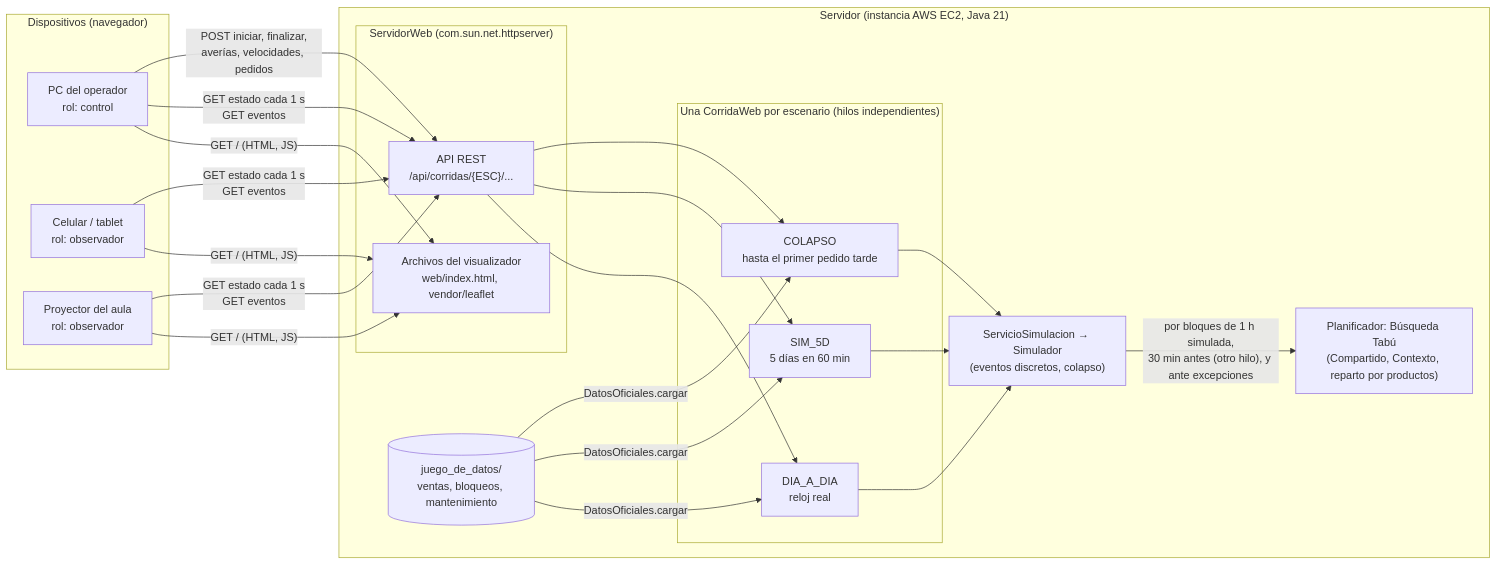
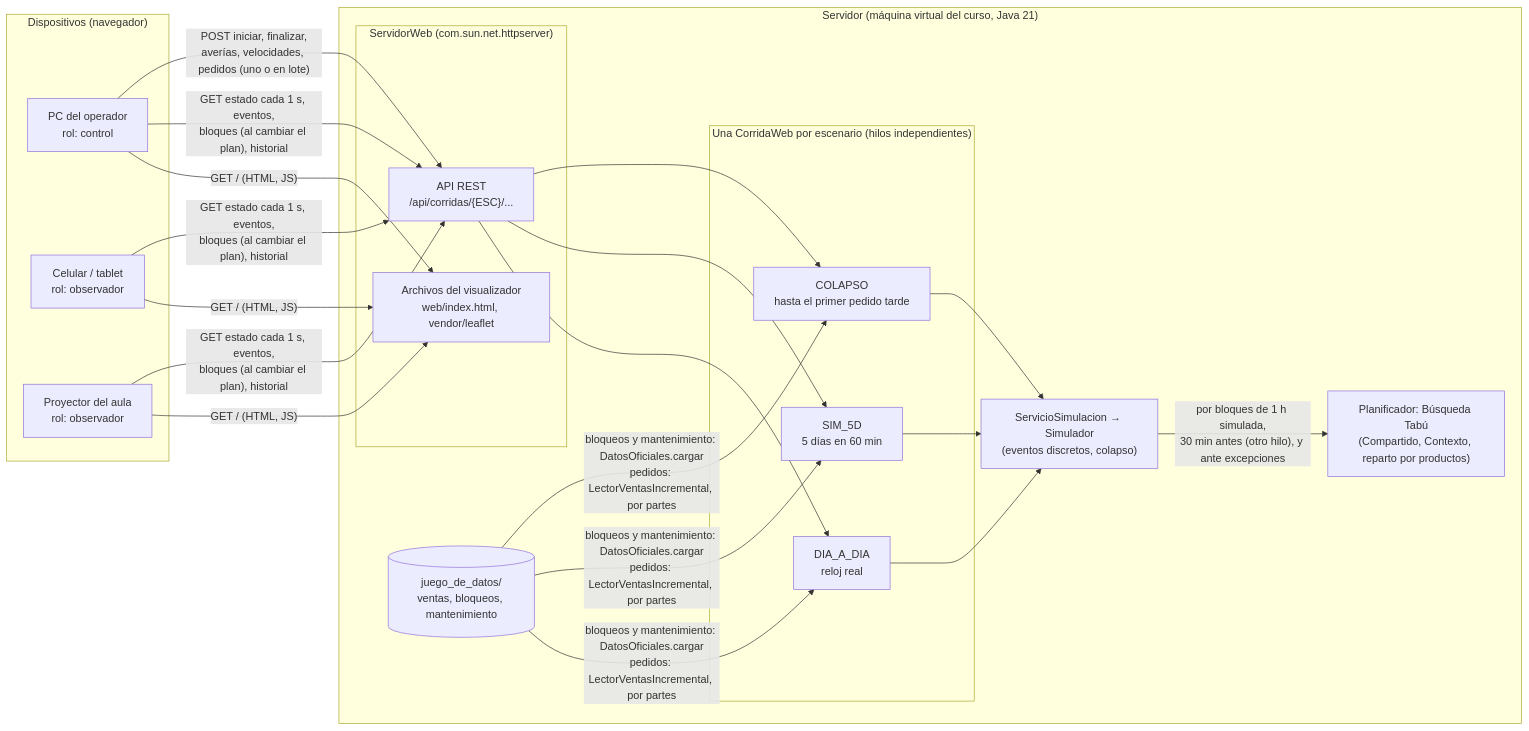
Before and after one commit to JohnArzapalo/PaqRap: the first of 2 diagrams in docs/diseno/diagrama_integracion.md, drawn with Mermaid. The commit also changed other lines of this file and 14 other files, not shown here.

````diff
--- a/docs/diseno/diagrama_integracion.md
+++ b/docs/diseno/diagrama_integracion.md
@@ -12,31 +12,31 @@
 ```mermaid
 flowchart LR
     subgraph Dispositivos["Dispositivos (navegador)"]
         PC["PC del operador<br/>rol: control"]
         Cel["Celular / tablet<br/>rol: observador"]
         Proy["Proyector del aula<br/>rol: observador"]
     end
 
-    subgraph AWS["Servidor (instancia AWS EC2, Java 21)"]
+    subgraph AWS["Servidor (máquina virtual del curso, Java 21)"]
         subgraph SW["ServidorWeb (com.sun.net.httpserver)"]
             EST["Archivos del visualizador<br/>web/index.html, vendor/leaflet"]
             API["API REST<br/>/api/corridas/{ESC}/..."]
         end
         subgraph Corridas["Una CorridaWeb por escenario (hilos independientes)"]
             C1["DIA_A_DIA<br/>reloj real"]
             C2["SIM_5D<br/>5 días en 60 min"]
             C3["COLAPSO<br/>hasta el primer pedido tarde"]
         end
         SIM["ServicioSimulacion → Simulador<br/>(eventos discretos, colapso)"]
         TABU["Planificador: Búsqueda Tabú<br/>(Compartido, Contexto, reparto por productos)"]
         DATOS[("juego_de_datos/<br/>ventas, bloqueos, mantenimiento")]
     end
 
     PC & Cel & Proy -- "GET / (HTML, JS)" --> EST
-    PC & Cel & Proy -- "GET estado cada 1 s<br/>GET eventos" --> API
-    PC -- "POST iniciar, finalizar,<br/>averías, velocidades, pedidos" --> API
+    PC & Cel & Proy -- "GET estado cada 1 s, eventos,<br/>bloques (al cambiar el plan), historial" --> API
+    PC -- "POST iniciar, finalizar,<br/>averías, velocidades, pedidos (uno o en lote)" --> API
     API --> C1 & C2 & C3
     C1 & C2 & C3 --> SIM
     SIM -- "por bloques de 1 h simulada,<br/>30 min antes (otro hilo), y ante excepciones" --> TABU
-    DATOS -- "DatosOficiales.cargar" --> C1 & C2 & C3
+    DATOS -- "bloqueos y mantenimiento: DatosOficiales.cargar<br/>pedidos: LectorVentasIncremental, por partes" --> C1 & C2 & C3
 ```
````
